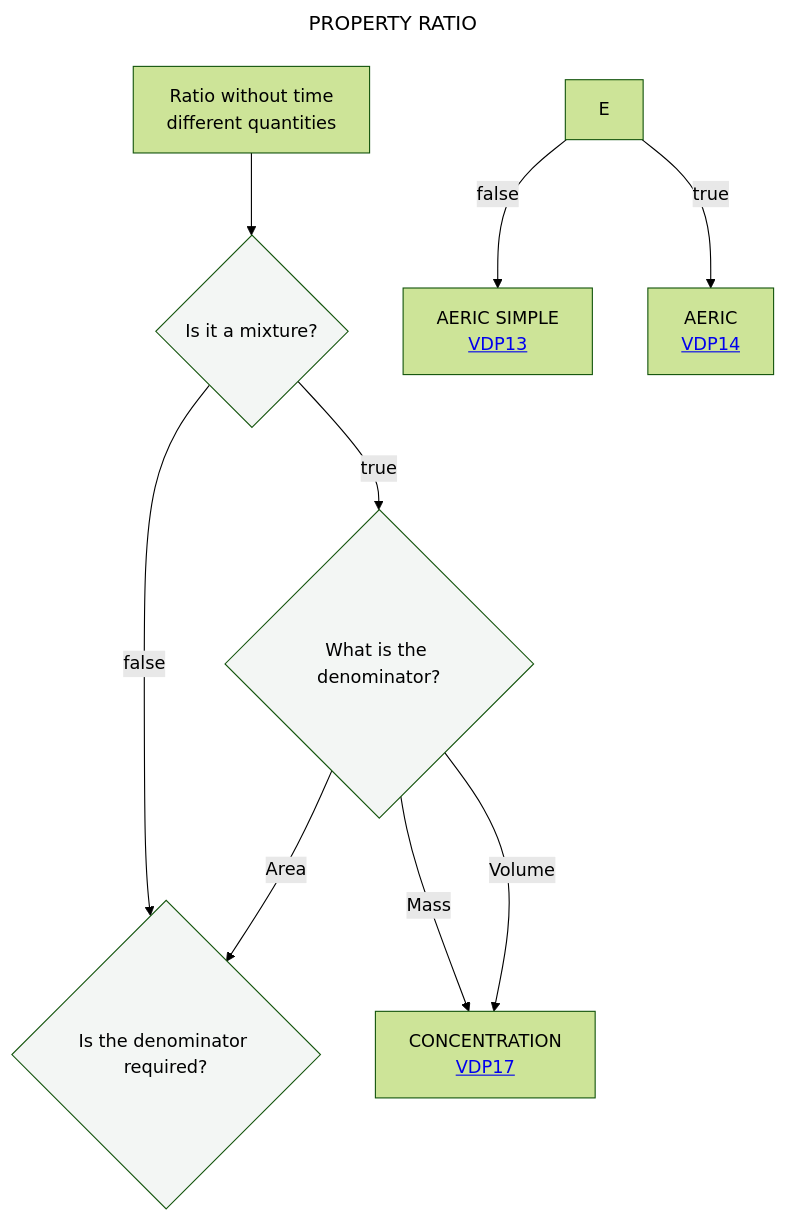
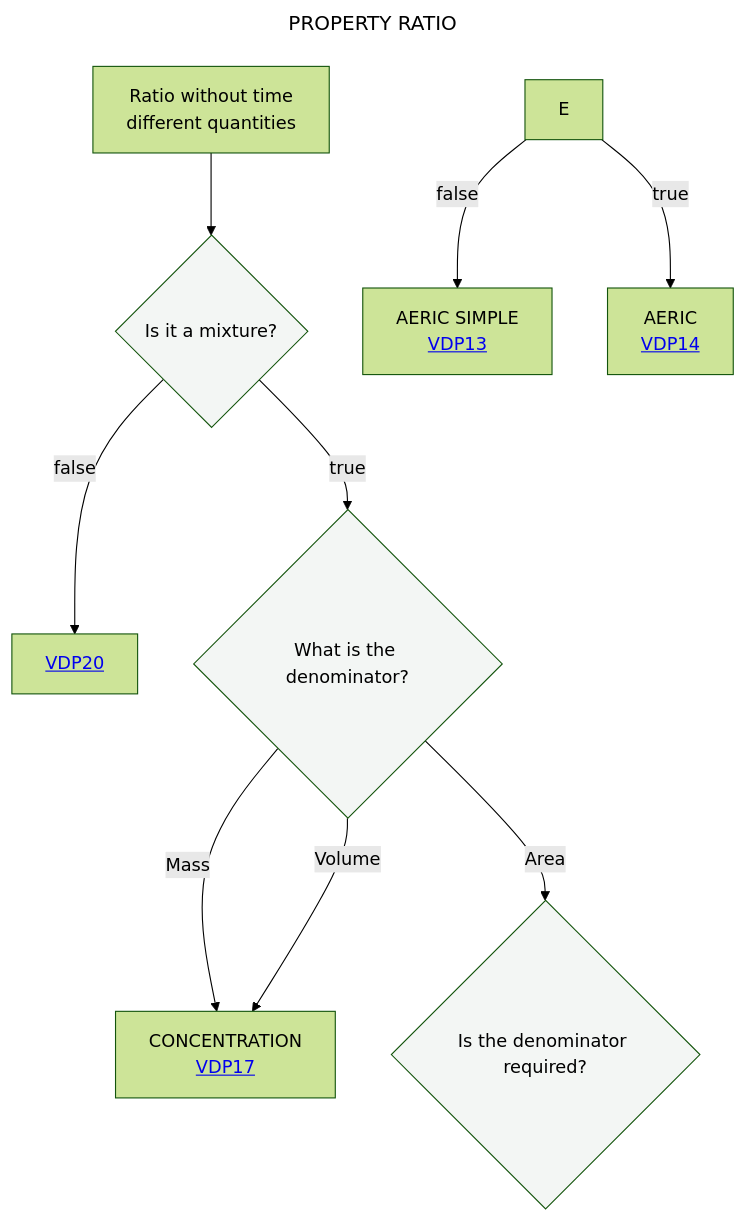
One commit to mabablue/I-ADOPT-patterns-playground changed the diagram in Decisition_trees/DT4.mmd. Above: the diagram before and after it, drawn with Mermaid (forest theme).

```diff
--- a/Decisition_trees/DT4.mmd
+++ b/Decisition_trees/DT4.mmd
@@ -1,16 +1,16 @@
 ---
 title: PROPERTY RATIO
 ---
 flowchart TD
     A[Ratio without time <br> different quantities] --> B{Is it a mixture?}:::white
-    B --> |false|C[<a href='https://github.com/mabablue/I-ADOPT-patterns-playground/blob/main/pattern/VDP20.yaml'>VDP20</a>]
+    B --> |false|M[<a href='https://github.com/mabablue/I-ADOPT-patterns-playground/blob/main/pattern/VDP20.yaml'>VDP20</a>]
     B --> |true|D{What is the denominator?}:::white
     D -- Mass --> T[CONCENTRATION <br> <a href='https://github.com/mabablue/I-ADOPT-patterns-playground/blob/main/pattern/VDP17.yaml'>VDP17</a>]
     D -- Volume --> T
     D -- Area --> C{Is the denominator required?}:::white 
     E --> |false|V[AERIC SIMPLE <br> <a href='https://github.com/mabablue/I-ADOPT-patterns-playground/blob/main/pattern/VDP13.yaml'>VDP13</a>]
     E --> |true|X[AERIC <br> <a href='https://github.com/mabablue/I-ADOPT-patterns-playground/blob/main/pattern/VDP14.yaml'>VDP14</a>]
    classDef blue fill:#90D5FF
    classDef satblue fill:#57B9FF 
    classDef white fill:#f3f6f4
    classDef green fill:#6aa84f
```
